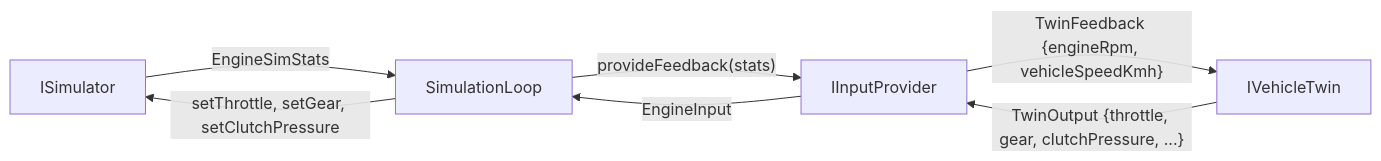
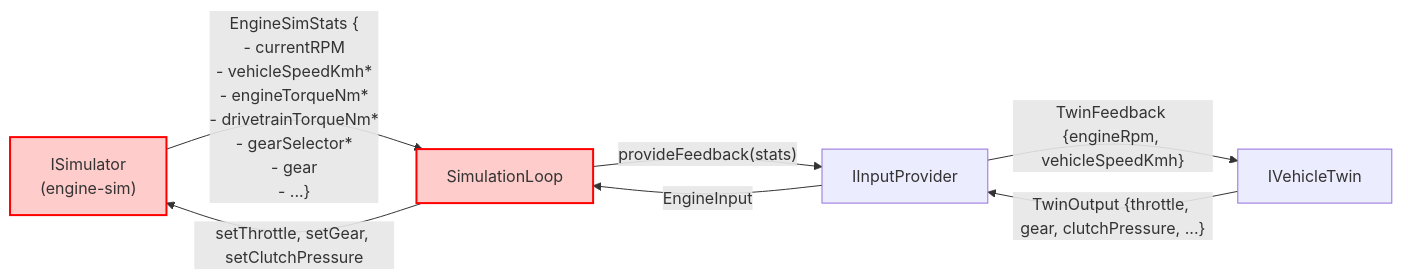
Before and after one commit to danieljsinclair/engine-sim-bridge: the second of 8 diagrams in docs/architecture/component-diagram.md, drawn with Mermaid. The commit also changed other lines of this file and 43 other files, not shown here.

````diff
--- a/docs/architecture/component-diagram.md
+++ b/docs/architecture/component-diagram.md
@@ -62,9 +62,12 @@
 ```mermaid
 graph LR
-    SIM["ISimulator"] -->|"EngineSimStats"| LOOP["SimulationLoop"]
+    SIM["ISimulator<br/>(engine-sim)"] -->|"EngineSimStats {<br/>- currentRPM<br/>- vehicleSpeedKmh*<br/>- engineTorqueNm*<br/>- drivetrainTorqueNm*<br/>- gearSelector*<br/>- gear<br/>- ...}"| LOOP["SimulationLoop"]
     LOOP -->|"provideFeedback(stats)"| IP["IInputProvider"]
     IP -->|"TwinFeedback {engineRpm, vehicleSpeedKmh}"| TWIN["IVehicleTwin"]
     TWIN -->|"TwinOutput {throttle, gear, clutchPressure, ...}"| IP
     IP -->|"EngineInput"| LOOP
     LOOP -->|"setThrottle, setGear, setClutchPressure"| SIM
+
+    classDef feedback fill:#ffcccc,stroke:#ff0000,stroke-width:2px;
+    class SIM,LOOP feedback;
 ```
````
